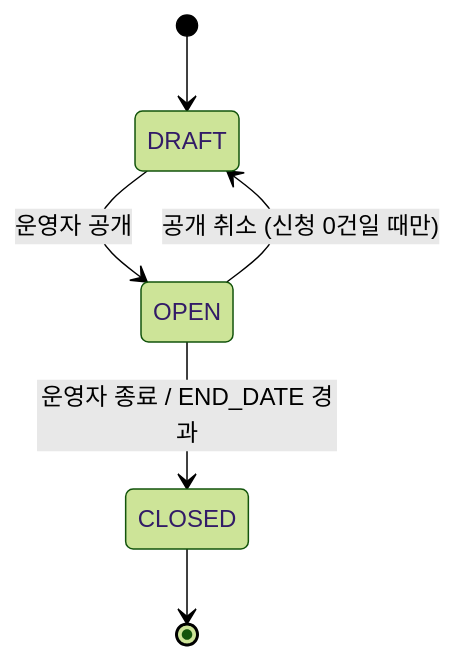
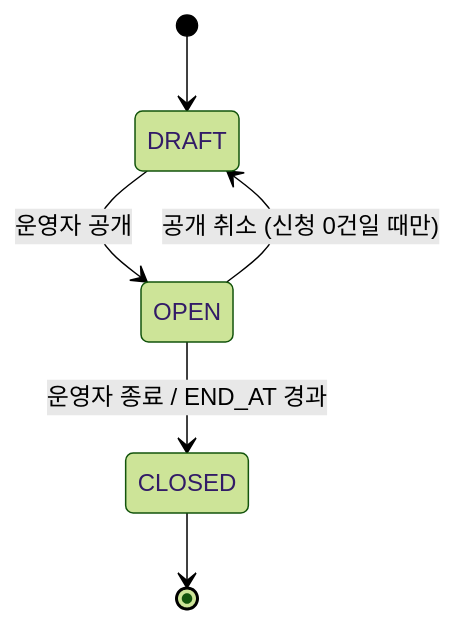
One commit to StudyClub-PlusPlus/studyclub-engineering changed the diagram in docs/erd/STUDY.md. Above: the diagram before and after it, drawn with Mermaid (forest theme). The commit also changed other lines of this file and 27 other files, not shown here.

````diff
--- a/docs/erd/STUDY.md
+++ b/docs/erd/STUDY.md
@@ -55,8 +54,8 @@
 ```mermaid
 stateDiagram-v2
   [*] --> DRAFT
   DRAFT --> OPEN : 운영자 공개
   OPEN --> DRAFT : 공개 취소 (신청 0건일 때만)
-  OPEN --> CLOSED : 운영자 종료 / END_DATE 경과
+  OPEN --> CLOSED : 운영자 종료 / END_AT 경과
   CLOSED --> [*]
 ```
````
